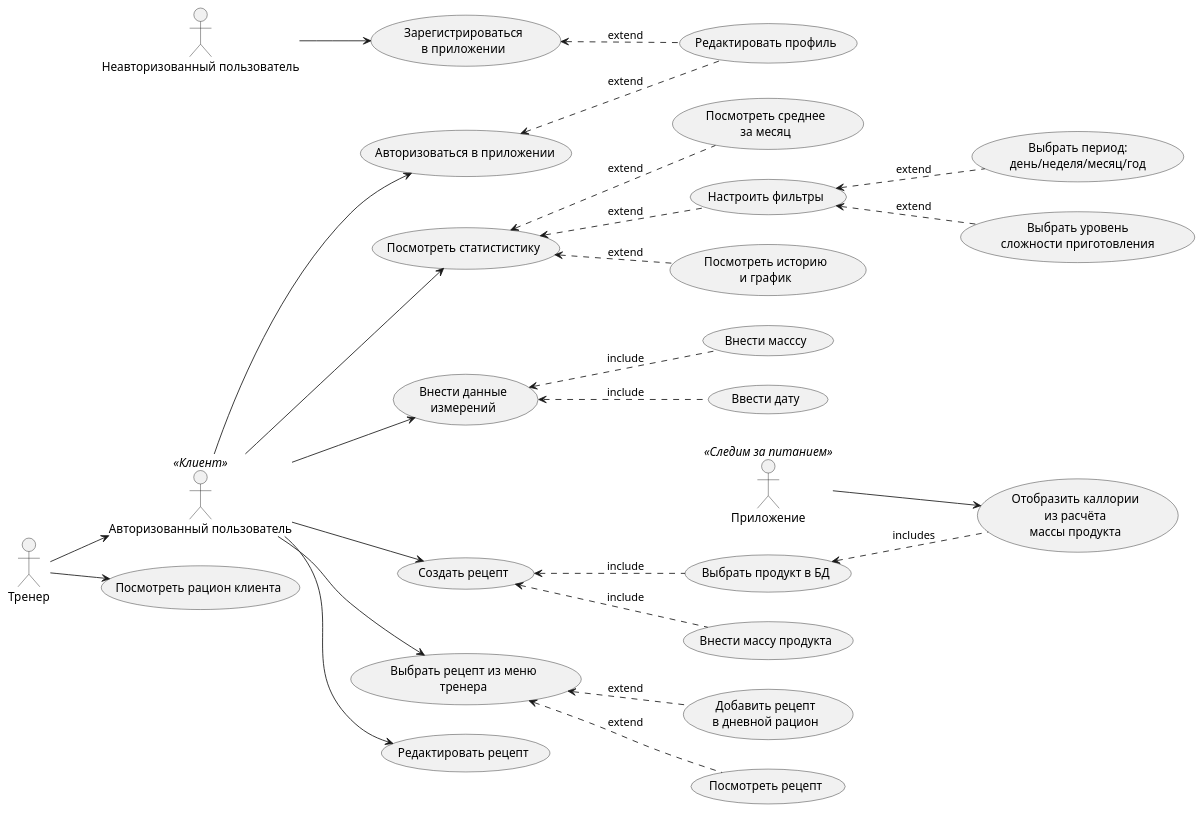
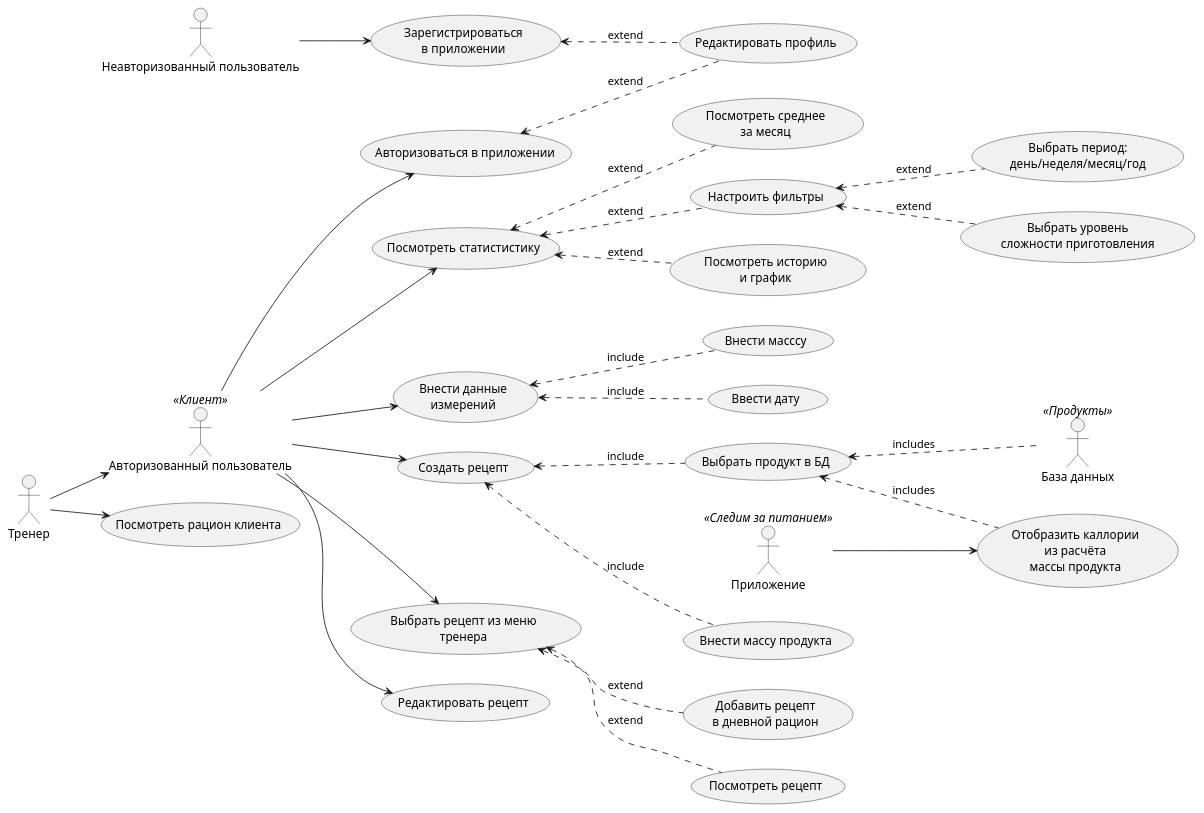
The diagram in src/diagrams/use-case.wsd (KateVishnya/nutrition-watch), drawn with PlantUML before and after one commit. The commit also changed 1 other file, not shown here.

```diff
--- a/src/diagrams/use-case.wsd
+++ b/src/diagrams/use-case.wsd
@@ -1,89 +1,91 @@
 @startuml
 
 left to right direction
 skinparam packageStyle rectangle
 
 ' Роли
 :Тренер: as couch
 :Авторизованный пользователь: as user <<Клиент>>
 :Неавторизованный пользователь: as un_user
 :Приложение: as app <<Следим за питанием>>
+:База данных: as database <<Продукты>>
 
 couch -->  user 
 
 usecase uc_reg  as "Зарегистрироваться
 в приложении"
 usecase uc_edit_profile  as "Редактировать профиль"
 usecase  uc_sign_in as "Авторизоваться в приложении"
 
 usecase show_callories as "Отобразить каллории
 из расчёта
 массы продукта"
 
 usecase view_stat as "Посмотреть статистистику"
 usecase view_average as "Посмотреть среднее
 за месяц"
 
 usecase enter_data  as "Внести данные
 измерений"
 usecase add_mass as "Внести масссу"
 usecase add_dateas "Ввести дату"
 
 ' Рецепты могут создать и пользователи и клиенты
 usecase create_recipe  as "Создать рецепт"
 usecase uc_check_eat as "Выбрать продукт в БД"
 
 usecase uc_add_eat  as "Внести массу продукта"
 
 usecase choose_recipe as "Выбрать рецепт из меню
 тренера"
 usecase save_recipe as "Добавить рецепт
 в дневной рацион"
 usecase edit_recipe  as "Редактировать рецепт"
 
 usecase view_recipe as "Посмотреть рецепт"
 
 usecase configure_filters as "Настроить фильтры"
 
 
 usecase view_history_schedule  as "Посмотреть историю
 и график"
 usecase select_period as "Выбрать период:
 день/неделя/месяц/год"
 usecase select_kitchen as "Выбрать уровень
 сложности приготовления"
 usecase view_diet as "Посмотреть рацион клиента"
 
 ' Связи
 
 un_user --> uc_reg
 uc_reg <.. uc_edit_profile : extend
 user --> uc_sign_in
 uc_sign_in <.. uc_edit_profile : extend
 
 user --> enter_data
 enter_data <.. add_mass : include
 enter_data <.. add_date : include
 
 user --> create_recipe
 create_recipe <.. uc_check_eat : include
 create_recipe <.. uc_add_eat : include
 
 user --> choose_recipe
 user --> edit_recipe
 choose_recipe <.. view_recipe : extend
 choose_recipe <.. save_recipe : extend
 
 user --> view_stat
 view_stat <.. view_average : extend
 view_stat <.. view_history_schedule : extend
 view_stat <.. configure_filters : extend
 configure_filters <.. select_period : extend
 configure_filters <.. select_kitchen :extend
 
 
 app --> show_callories
+uc_check_eat <.. database : includes
 uc_check_eat <.. show_callories : includes
 
 couch --> view_diet
 @enduml
```
